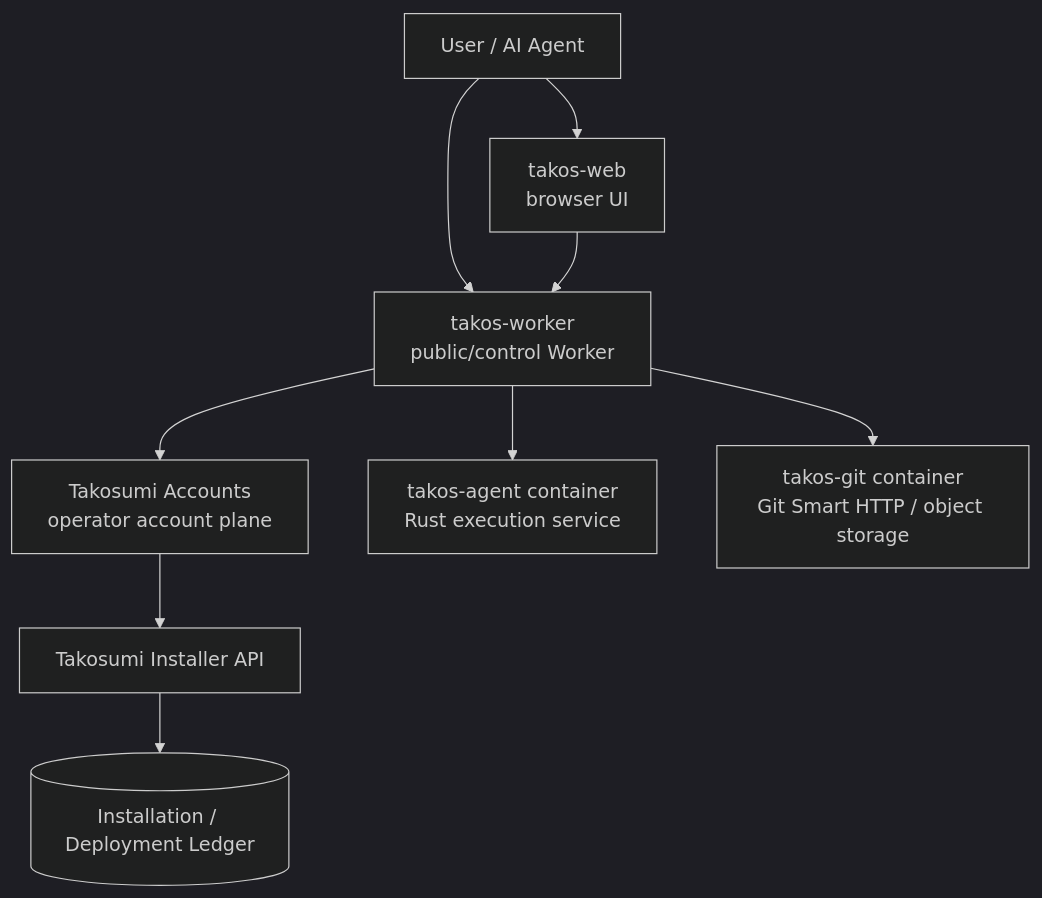
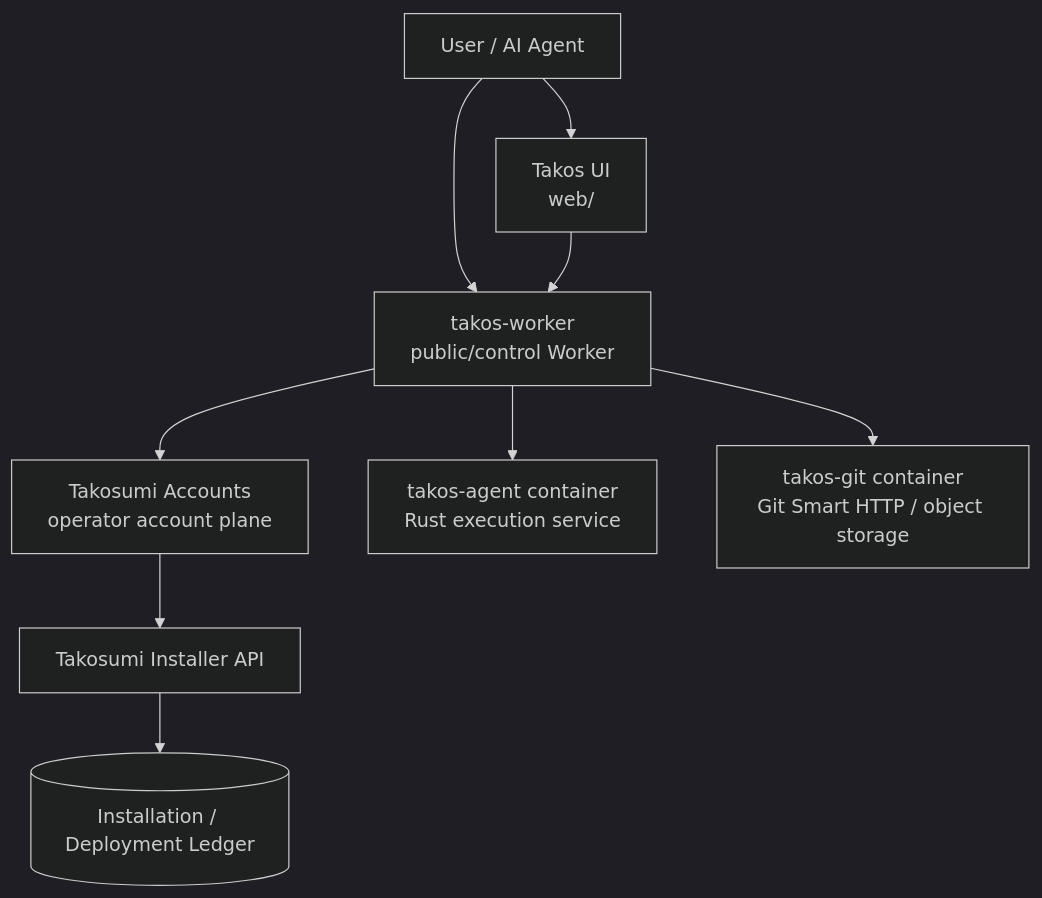
Before and after one commit to tako0614/takos: the first of 5 diagrams in docs/architecture/diagrams.md, drawn with Mermaid (dark theme). The commit also changed 550 other files, not shown here.

````diff
--- a/docs/architecture/diagrams.md
+++ b/docs/architecture/diagrams.md
@@ -22,20 +22,20 @@
 ```mermaid
 graph TB
   User[User / AI Agent]
   AppGateway[takos-worker<br/>public/control Worker]
-  Web[takos-web<br/>browser UI]
+  Web[Takos UI<br/>web/]
   Accounts[Takosumi Accounts<br/>operator account plane]
   Kernel[Takosumi Installer API]
   Storage[(Installation / Deployment Ledger)]
   Agent[takos-agent container<br/>Rust execution service]
   Git[takos-git container<br/>Git Smart HTTP / object storage]
 
   User --> Web
   User --> AppGateway
   Web --> AppGateway
   AppGateway --> Accounts
   AppGateway --> Agent
   AppGateway --> Git
   Accounts --> Kernel
   Kernel --> Storage
 ```
````
